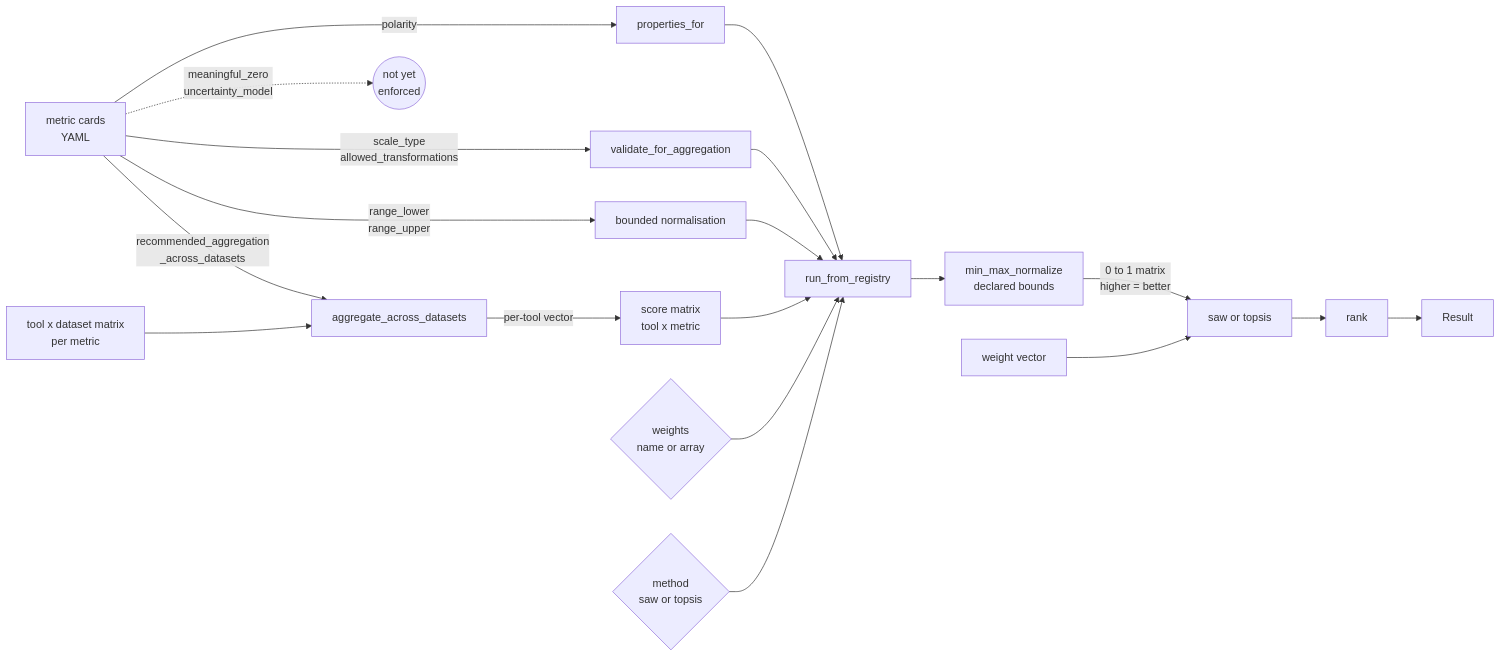
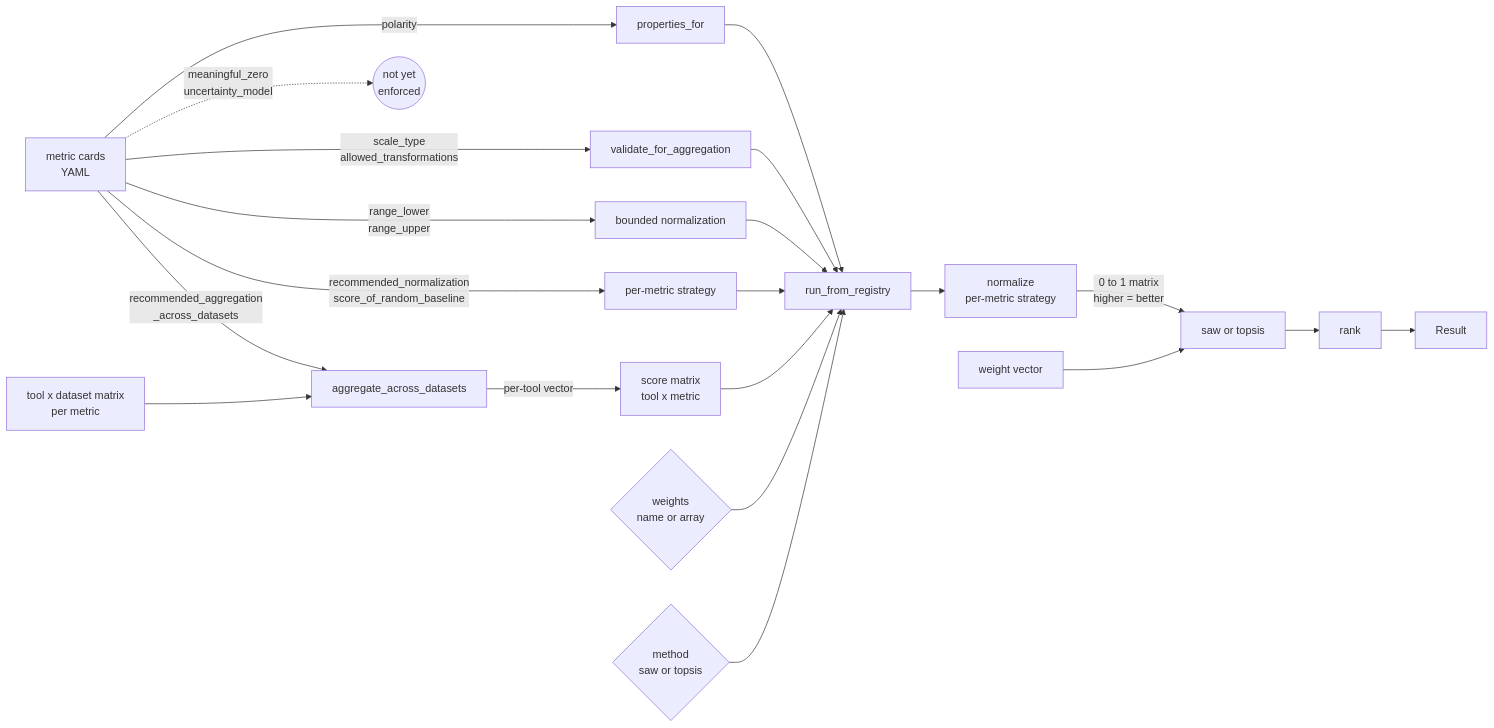
The diagram in docs/explanations/cards-and-pipeline.md (imallona/beam), drawn with Mermaid before and after one commit. The commit also changed other lines of this file and 37 other files, not shown here.

````diff
--- a/docs/explanations/cards-and-pipeline.md
+++ b/docs/explanations/cards-and-pipeline.md
@@ -7,21 +9,23 @@
 ```mermaid
 flowchart LR
     A[metric cards<br/>YAML] -->|polarity| B[properties_for]
     A -->|scale_type<br/>allowed_transformations| V[validate_for_aggregation]
-    A -->|range_lower<br/>range_upper| BO[bounded normalisation]
+    A -->|range_lower<br/>range_upper| BO[bounded normalization]
+    A -->|recommended_normalization<br/>score_of_random_baseline| NS[per-metric strategy]
     A -->|recommended_aggregation<br/>_across_datasets| CD[aggregate_across_datasets]
     A -.->|meaningful_zero<br/>uncertainty_model| X((not yet<br/>enforced))
     B --> RR[run_from_registry]
     V --> RR
     BO --> RR
+    NS --> RR
     S[score matrix<br/>tool x metric] --> RR
     W{weights<br/>name or array} --> RR
     M{method<br/>saw or topsis} --> RR
-    RR --> N[min_max_normalize<br/>declared bounds]
+    RR --> N[normalize<br/>per-metric strategy]
     N -->|0 to 1 matrix<br/>higher = better| AGG[saw or topsis]
     WT[weight vector] --> AGG
     AGG --> R[rank]
     R --> RES[Result]
     T[tool x dataset matrix<br/>per metric] --> CD
     CD -->|per-tool vector| S
 ```
````
